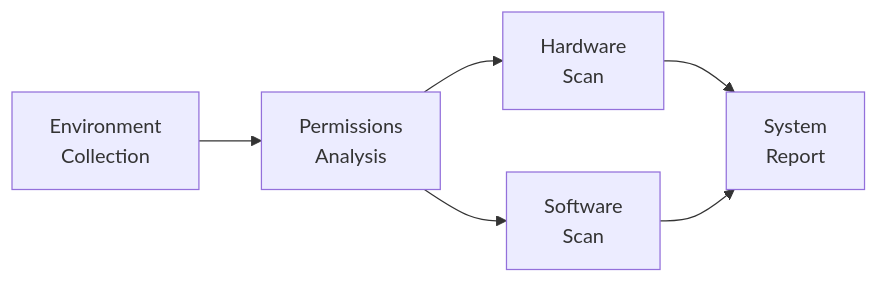
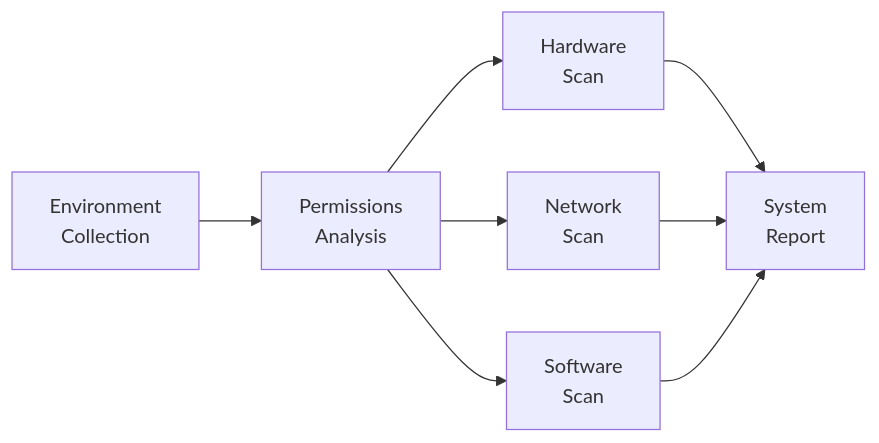
The diagram in docs/index.md (nullroute-commits/ultimate_info_gather), drawn with Mermaid before and after one commit. The commit also changed other lines of this file, not shown here.

Commit message:
docs: add Network Analysis feature card and update Mermaid diagram

````diff
--- a/docs/index.md
+++ b/docs/index.md
@@ -66,8 +72,10 @@
 ```mermaid
 graph LR
     A[Environment<br/>Collection] --> B[Permissions<br/>Analysis]
     B --> C[Hardware<br/>Scan]
+    B --> F[Network<br/>Scan]
     B --> D[Software<br/>Scan]
     C --> E[System<br/>Report]
+    F --> E
     D --> E
 ```
````
